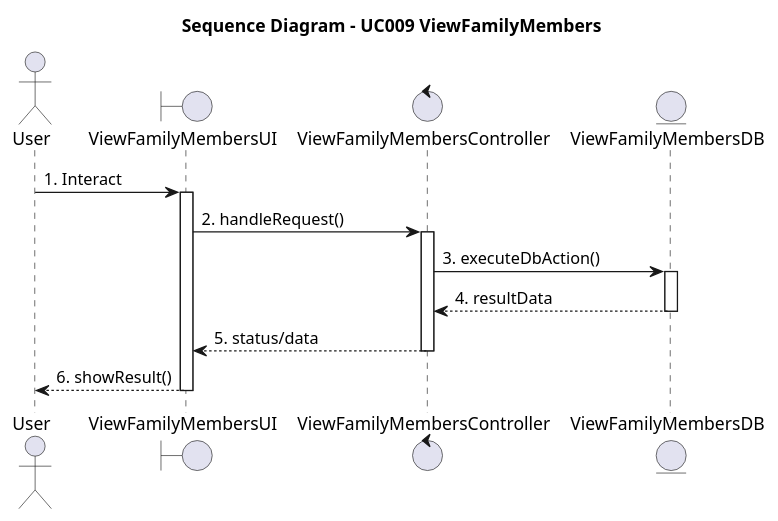
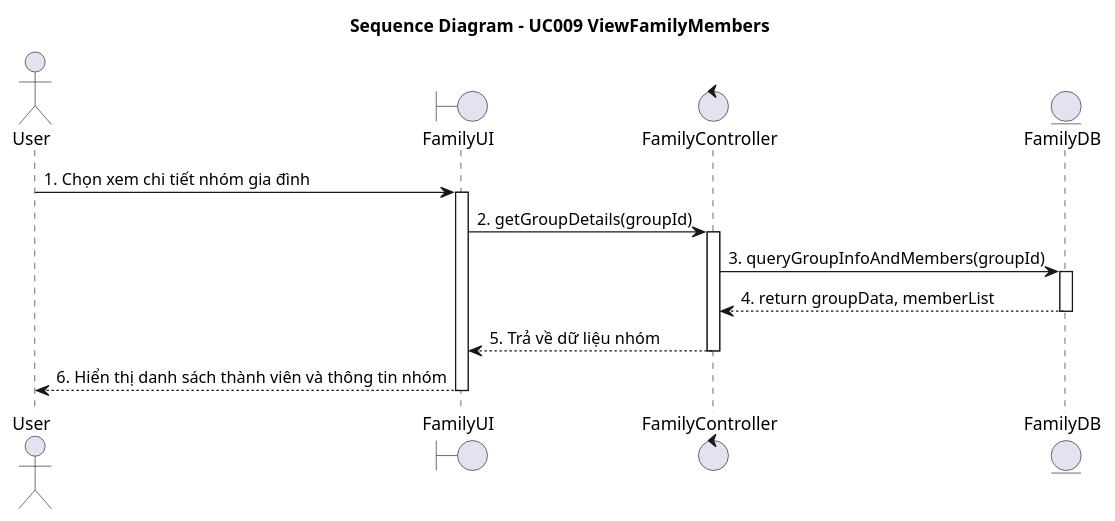
Before and after one commit to Alt2210/NaviMart: the diagram in diagrams/Module_2_FamilyGroup/UC009_Xem_thông_tin_nhóm_gia_đình_&_Danh_sách_thành_viên_Sequence.puml, drawn with PlantUML. The commit also changed 31 other files, not shown here.

```diff
--- a/diagrams/Module_2_FamilyGroup/UC009_Xem_thông_tin_nhóm_gia_đình_&_Danh_sách_thành_viên_Sequence.puml
+++ b/diagrams/Module_2_FamilyGroup/UC009_Xem_thông_tin_nhóm_gia_đình_&_Danh_sách_thành_viên_Sequence.puml
@@ -1,21 +1,21 @@
 @startuml
 title Sequence Diagram - UC009 ViewFamilyMembers
 
 actor "User" as Actor
-boundary "ViewFamilyMembersUI" as UI
-control "ViewFamilyMembersController" as Controller
-entity "ViewFamilyMembersDB" as Entity
+boundary "FamilyUI" as UI
+control "FamilyController" as Controller
+entity "FamilyDB" as Entity
 
-Actor -> UI : 1. Interact
+Actor -> UI : 1. Chọn xem chi tiết nhóm gia đình
 activate UI
-UI -> Controller : 2. handleRequest()
+UI -> Controller : 2. getGroupDetails(groupId)
 activate Controller
-Controller -> Entity : 3. executeDbAction()
+Controller -> Entity : 3. queryGroupInfoAndMembers(groupId)
 activate Entity
-Entity --> Controller : 4. resultData
+Entity --> Controller : 4. return groupData, memberList
 deactivate Entity
-Controller --> UI : 5. status/data
+Controller --> UI : 5. Trả về dữ liệu nhóm
 deactivate Controller
-UI --> Actor : 6. showResult()
+UI --> Actor : 6. Hiển thị danh sách thành viên và thông tin nhóm
 deactivate UI
 @enduml
```
